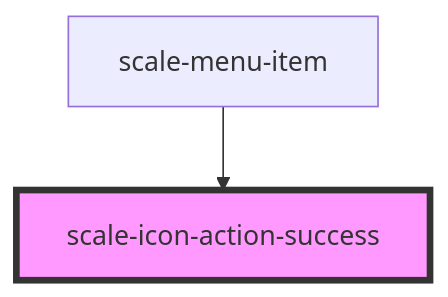
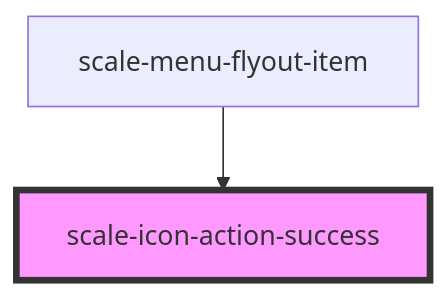
Before and after one commit to gaurishkamat/scale: the diagram in packages/components/src/components/icons/action-success/readme.md, drawn with Mermaid. The commit also changed other lines of this file and 126 other files, not shown here.

````diff
--- a/packages/components/src/components/icons/action-success/readme.md
+++ b/packages/components/src/components/icons/action-success/readme.md
@@ -26,5 +26,5 @@
 ```mermaid
 graph TD;
-  scale-menu-item --> scale-icon-action-success
+  scale-menu-flyout-item --> scale-icon-action-success
   style scale-icon-action-success fill:#f9f,stroke:#333,stroke-width:4px
 ```
````
